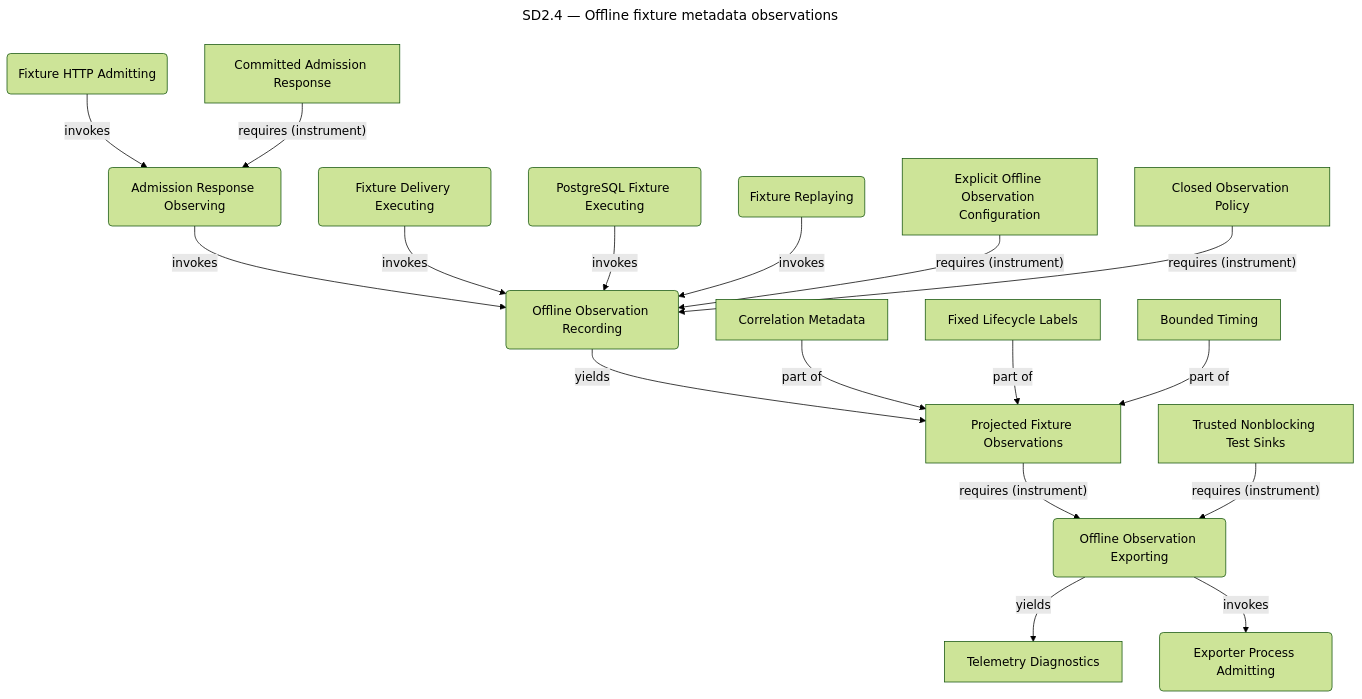
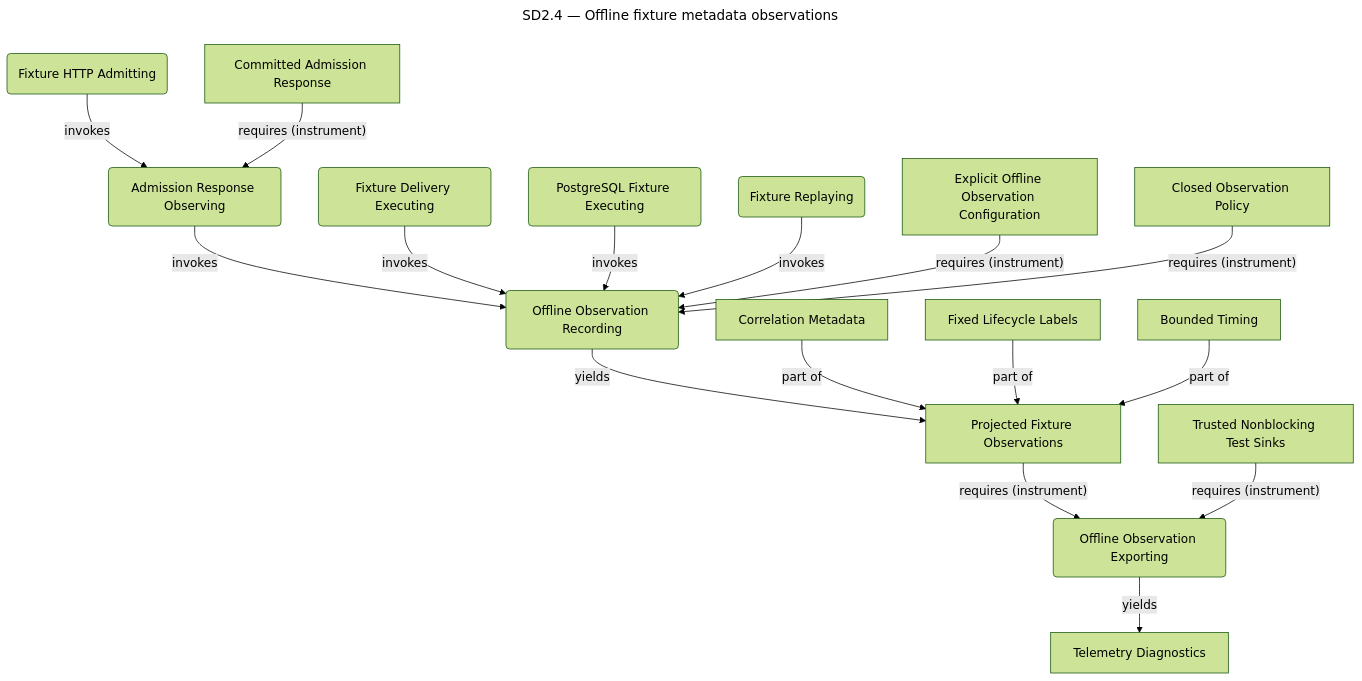
Diagram 12 of 14 in opm/system.md (ojfbot/daily-logger), drawn with Mermaid (forest theme) before and after one commit. The commit also changed other lines of this file and 10 other files, not shown here.

````diff
--- a/opm/system.md
+++ b/opm/system.md
@@ -1581,41 +1581,39 @@
 ```mermaid
 ---
 title: "SD2.4 — Offline fixture metadata observations"
 ---
 flowchart TD
   accTitle: SD2.4 — Offline fixture metadata observations
   accDescr: Lossy system model projection. Complete source facts follow this diagram.
   n264("Fixture HTTP Admitting")
   n298("Admission Response Observing")
   n299["Committed Admission Response"]
   n300("Offline Observation Recording")
   n251("Fixture Delivery Executing")
   n241("PostgreSQL Fixture Executing")
   n219("Fixture Replaying")
   n301["Explicit Offline Observation Configuration"]
   n302["Closed Observation Policy"]
   n303["Projected Fixture Observations"]
   n304["Correlation Metadata"]
   n305["Fixed Lifecycle Labels"]
   n306["Bounded Timing"]
   n307("Offline Observation Exporting")
   n308["Trusted Nonblocking Test Sinks"]
   n309["Telemetry Diagnostics"]
-  n310("Exporter Process Admitting")
   n264 -->|"invokes"| n298
   n299 -->|"requires (instrument)"| n298
   n298 -->|"invokes"| n300
   n251 -->|"invokes"| n300
   n241 -->|"invokes"| n300
   n219 -->|"invokes"| n300
   n301 -->|"requires (instrument)"| n300
   n302 -->|"requires (instrument)"| n300
   n300 -->|"yields"| n303
   n304 -->|"part of"| n303
   n305 -->|"part of"| n303
   n306 -->|"part of"| n303
   n303 -->|"requires (instrument)"| n307
   n308 -->|"requires (instrument)"| n307
   n307 -->|"yields"| n309
-  n307 -->|"invokes"| n310
 ```
````
